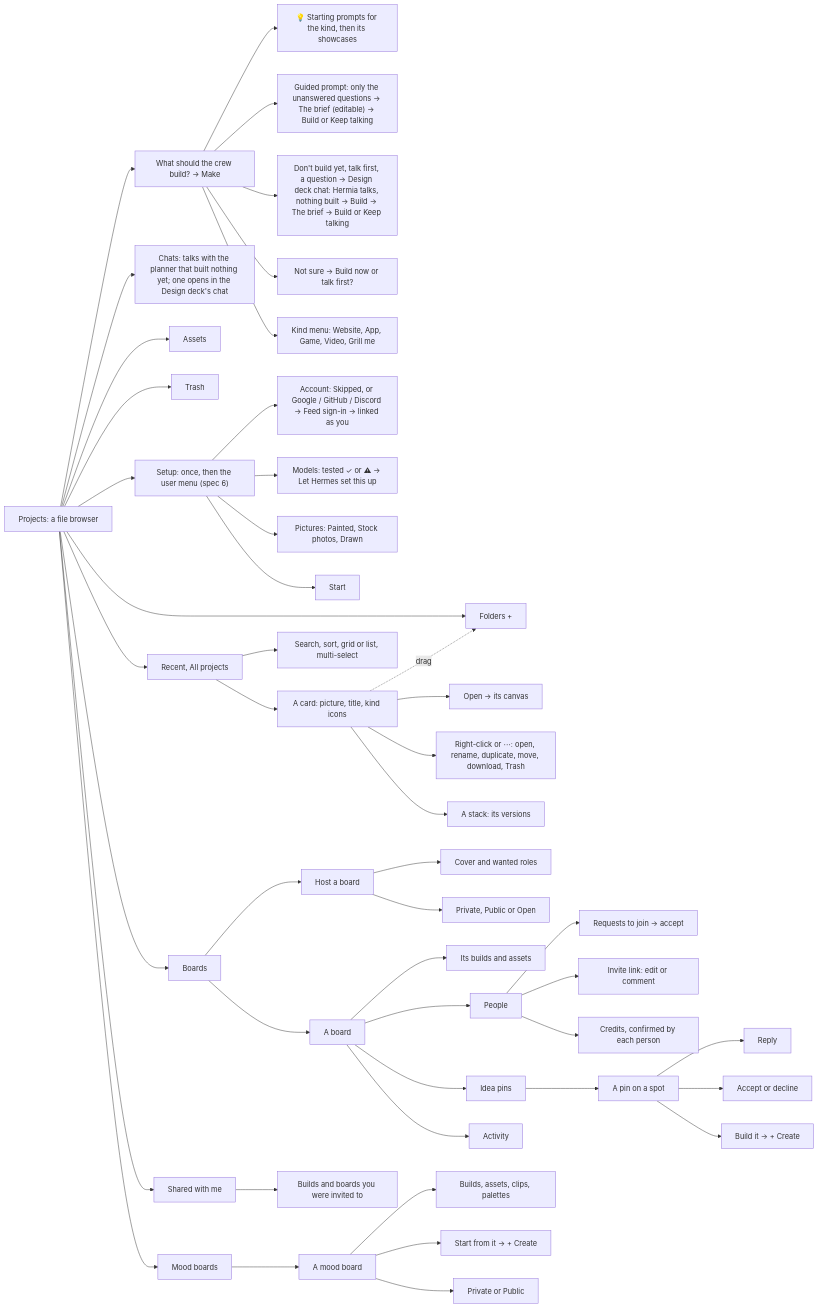
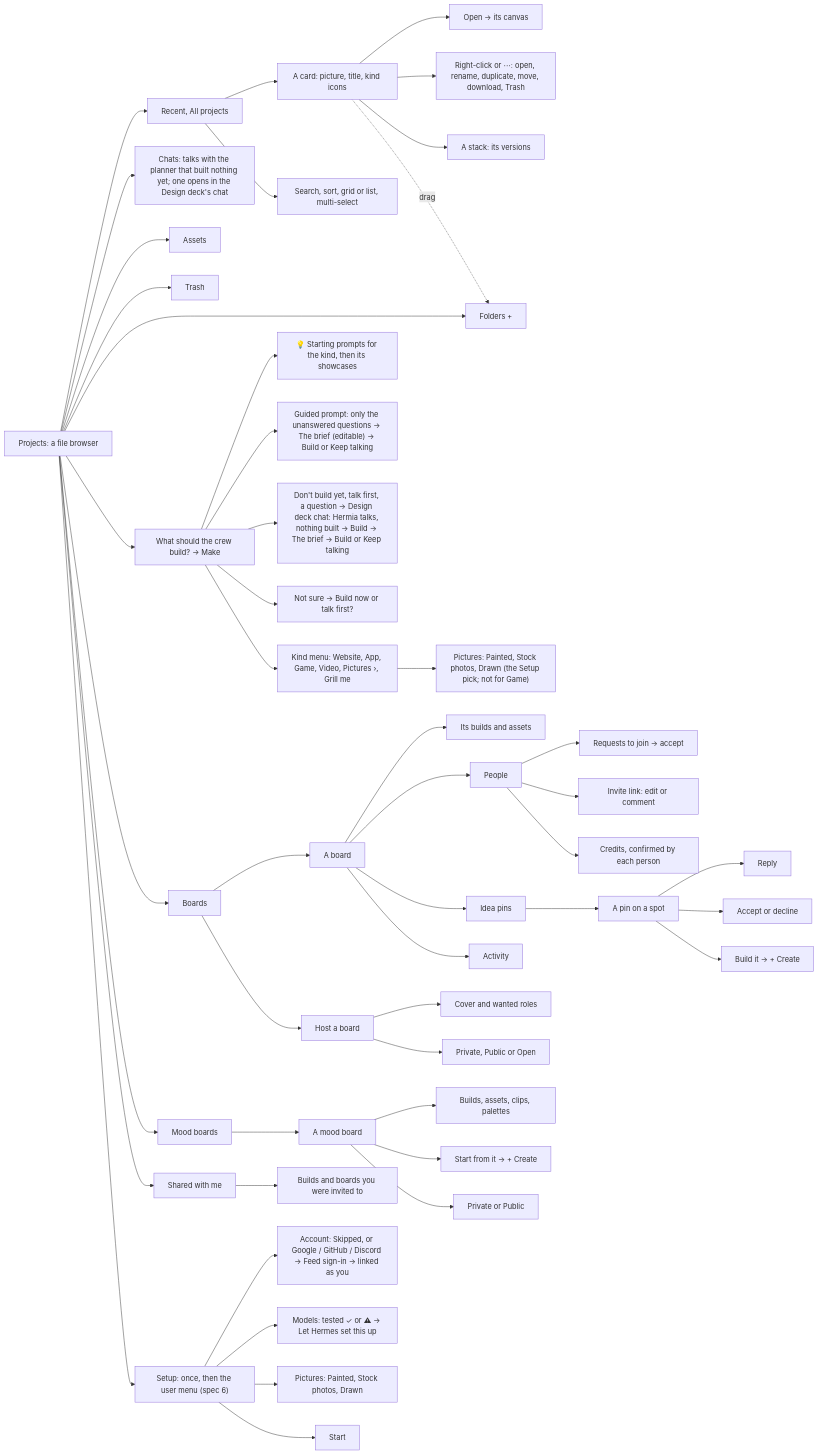
Before and after one commit to Pukujan/swarm-studio: the seventh of 26 diagrams in docs/ux/SITEMAP.md, drawn with Mermaid. The commit also changed 5 other files, not shown here.

First line of the commit message:
Design deck tags stand-ins "real picture coming"; Make menu gets Pictures

````diff
--- a/docs/ux/SITEMAP.md
+++ b/docs/ux/SITEMAP.md
@@ -193,48 +193,49 @@
 ```mermaid
 flowchart LR
   PROJ[Projects: a file browser] --> MB["Recent, All projects"]
   PROJ --> CH["Chats: talks with the planner that built nothing yet; one opens in the Design deck's chat"]
   PROJ --> AS[Assets]
   PROJ --> TR[Trash]
   PROJ --> FO["Folders +"]
   PROJ --> ASK["What should the crew build? → Make"]
   ASK --> SC["💡 Starting prompts for the kind, then its showcases"]
   ASK --> GR["Guided prompt: only the unanswered questions → The brief (editable) → Build or Keep talking"]
   ASK --> TK["Don't build yet, talk first, a question → Design deck chat: Hermia talks, nothing built → Build → The brief → Build or Keep talking"]
   ASK --> TU["Not sure → Build now or talk first?"]
-  ASK --> KM["Kind menu: Website, App, Game, Video, Grill me"]
+  ASK --> KM["Kind menu: Website, App, Game, Video, Pictures ›, Grill me"]
+  KM --> KMP["Pictures: Painted, Stock photos, Drawn (the Setup pick; not for Game)"]
   PROJ --> BD[Boards]
   PROJ --> MO[Mood boards]
   PROJ --> SW[Shared with me]
   PROJ --> SU["Setup: once, then the user menu (spec 6)"]
   SU --> SU0["Account: Skipped, or Google / GitHub / Discord → Feed sign-in → linked as you"]
   SU --> SU1["Models: tested ✓ or ⚠ → Let Hermes set this up"]
   SU --> SU2["Pictures: Painted, Stock photos, Drawn"]
   SU --> SU3[Start]
   MB --> ST["A card: picture, title, kind icons"]
   MB --> MS["Search, sort, grid or list, multi-select"]
   ST --> ORB["Open → its canvas"]
   ST --> RM["Right-click or ⋯: open, rename, duplicate, move, download, Trash"]
   ST --> VS["A stack: its versions"]
   ST -.->|drag| FO
   BD --> BO[A board]
   BD --> BN[Host a board]
   BN --> BN1["Cover and wanted roles"]
   BN --> BN2["Private, Public or Open"]
   BO --> BW["Its builds and assets"]
   BO --> BP[People]
   BO --> BI[Idea pins]
   BO --> BA[Activity]
   BP --> BP1["Requests to join → accept"]
   BP --> BP2["Invite link: edit or comment"]
   BP --> BP3["Credits, confirmed by each person"]
   BI --> PIN[A pin on a spot]
   PIN --> PIN1[Reply]
   PIN --> PIN2[Accept or decline]
   PIN --> PIN3["Build it → + Create"]
   MO --> MOB[A mood board]
   MOB --> MOI["Builds, assets, clips, palettes"]
   MOB --> MOS["Start from it → + Create"]
   MOB --> MOV["Private or Public"]
   SW --> SWB["Builds and boards you were invited to"]
 ```
````
